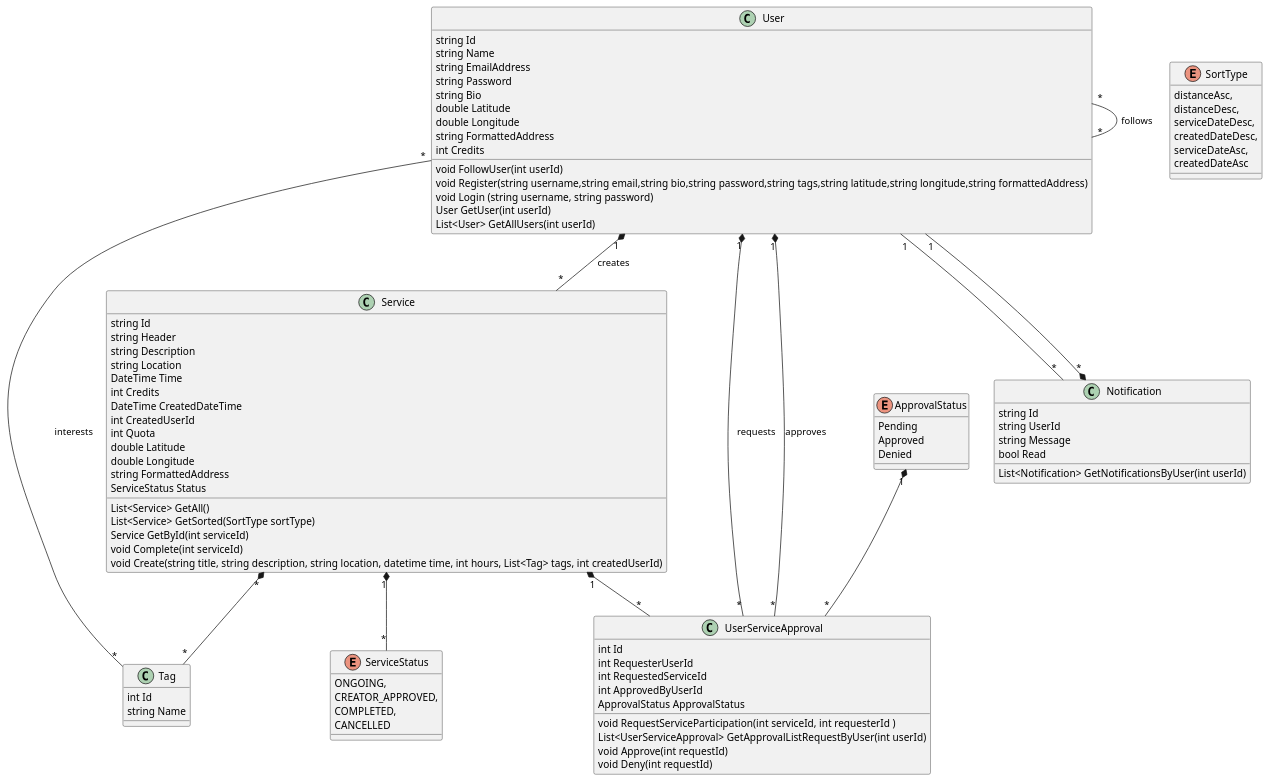
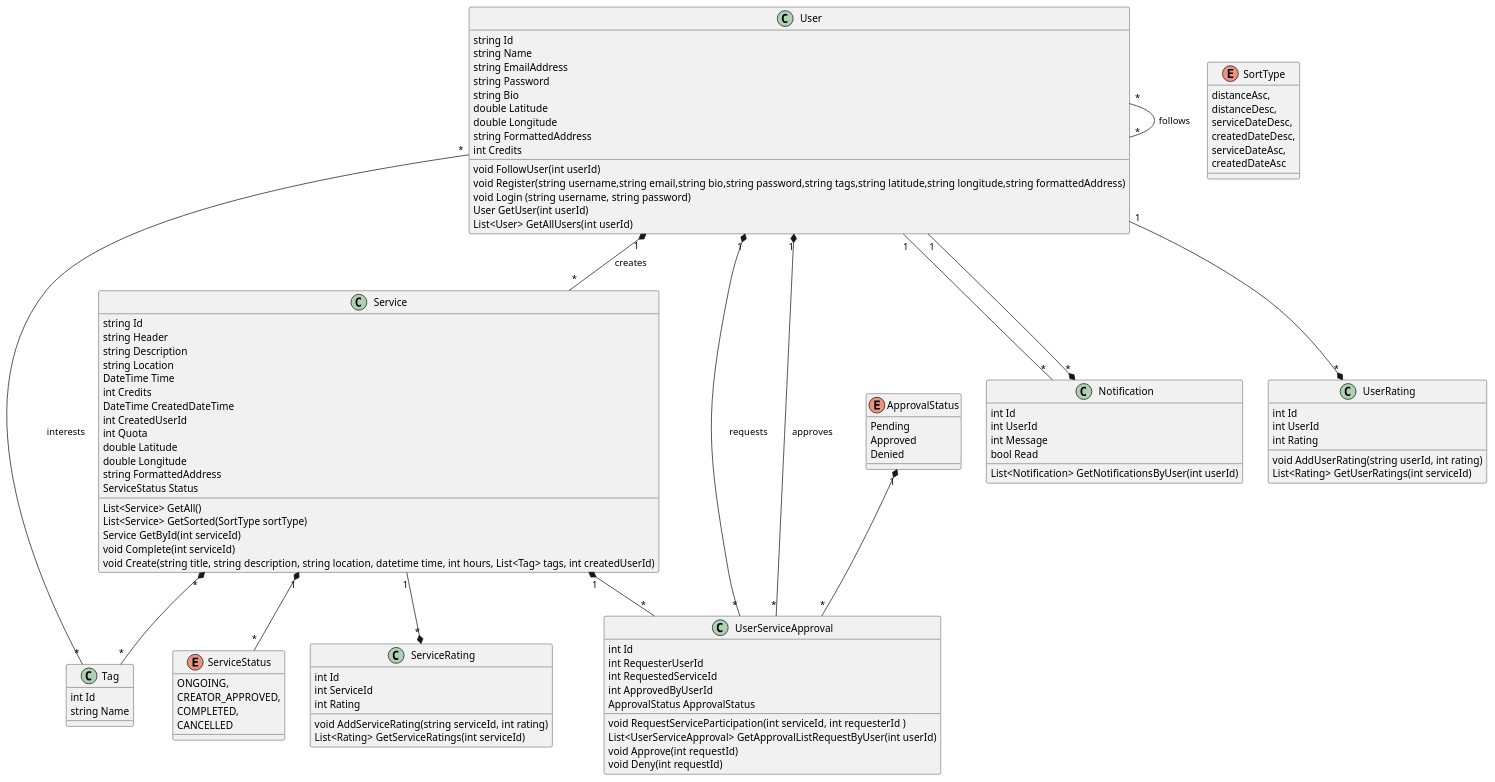
The diagram in diagrams/class-diagram.puml (zeyneplervesarp/swe574-javagang), drawn with PlantUML before and after one commit. The commit also changed 1 other file, not shown here.

Commit message:
added ratings to diagram

```diff
--- a/diagrams/class-diagram.puml
+++ b/diagrams/class-diagram.puml
@@ -1,110 +1,135 @@
 @startuml Class
 class User {
     string Id
     string Name
     string EmailAddress
     string Password
     string Bio
     double Latitude
     double Longitude
     string FormattedAddress
     int Credits
    
     void FollowUser(int userId)
     void Register(string username,string email,string bio,string password,string tags,string latitude,string longitude,string formattedAddress)
     void Login (string username, string password)
     User GetUser(int userId)
     List<User> GetAllUsers(int userId)
 
 }
 
 
 User "1" *-- "*" Service : creates
 User "*" -- "*" User : follows
 User "*" -- "*" Tag : interests
 User "1" -- "*" Notification
 
 
 class Service {
     string Id
     string Header
     string Description
     string Location
     DateTime Time
     int Credits
     DateTime CreatedDateTime
     int CreatedUserId
     int Quota    
     double Latitude
     double Longitude
     string FormattedAddress
     ServiceStatus Status
     List<Service> GetAll()
     List<Service> GetSorted(SortType sortType)
     Service GetById(int serviceId)
     void Complete(int serviceId)
     void Create(string title, string description, string location, datetime time, int hours, List<Tag> tags, int createdUserId)
    
 }
 
 Service "*" *-- "*" Tag 
 Service "1" *-- "*" ServiceStatus 
 
 enum ServiceStatus
 {
     ONGOING,
     CREATOR_APPROVED,
     COMPLETED,
     CANCELLED
 }
 
 enum SortType
 {
     distanceAsc,
     distanceDesc,
     serviceDateDesc,
     createdDateDesc,
     serviceDateAsc,
     createdDateAsc
 }
 
 class Tag{
     int Id
     string Name
 }
 
 class UserServiceApproval{
     int Id
     int RequesterUserId
     int RequestedServiceId
     int ApprovedByUserId
     ApprovalStatus ApprovalStatus
     void RequestServiceParticipation(int serviceId, int requesterId )
     List<UserServiceApproval> GetApprovalListRequestByUser(int userId)
     void Approve(int requestId)
     void Deny(int requestId)
 }
 User "1" *-- "*" UserServiceApproval : requests
 Service "1" *-- "*" UserServiceApproval
 User "1" *-- "*" UserServiceApproval : approves
 ApprovalStatus "1" *-- "*" UserServiceApproval
 
 enum ApprovalStatus {
     Pending
     Approved
     Denied
 }
 
 class Notification {
-    string Id
-    string UserId
-    string Message
+    int Id
+    int UserId
+    int Message
     bool Read
     List<Notification> GetNotificationsByUser(int userId)
 
 }
 
 
 User "1" --* "*" Notification
 
+
+class UserRating {
+    int Id
+    int UserId
+    int Rating
+    void AddUserRating(string userId, int rating)
+    List<Rating> GetUserRatings(int serviceId)
+
+}
+
+User "1" --* "*" UserRating
+
+
+class ServiceRating {
+    int Id
+    int ServiceId
+    int Rating
+    void AddServiceRating(string serviceId, int rating)
+    List<Rating> GetServiceRatings(int serviceId)
+
+}
+Service "1" --* "*" ServiceRating 
+
+
+
 @enduml
```
